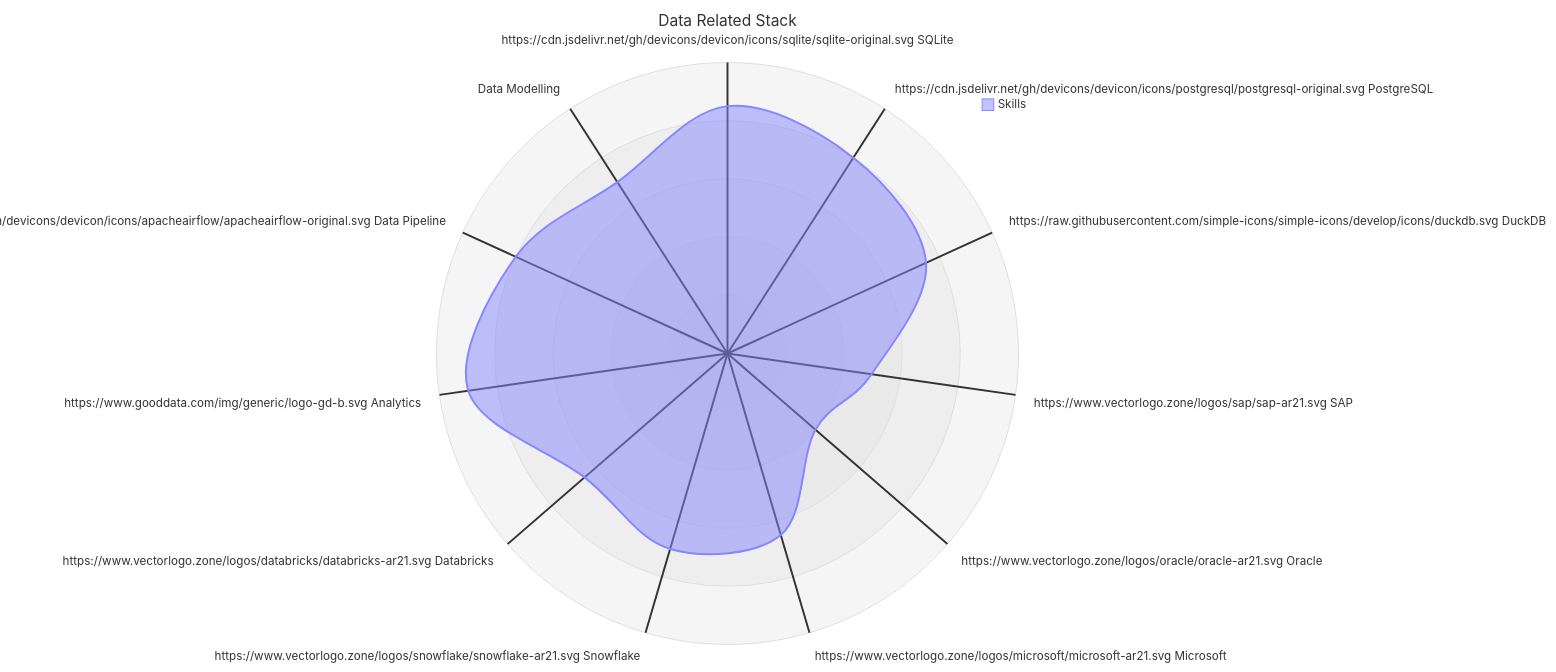
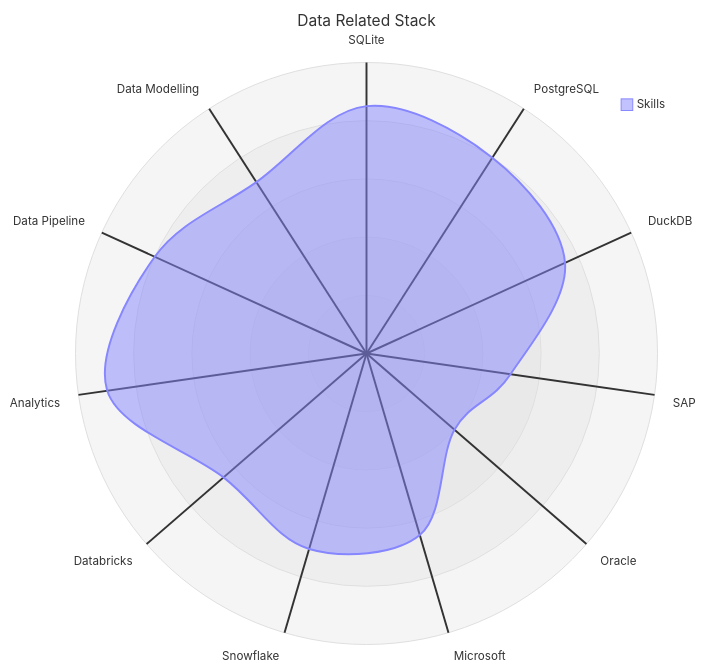
Before and after one commit to kubow/kubow.github.io: the third of 5 diagrams in README.md, drawn with Mermaid. The commit also changed other lines of this file and 4 other files, not shown here.

````diff
--- a/README.md
+++ b/README.md
@@ -157,10 +211,10 @@
 ```mermaid
 radar-beta
   title Data Related Stack
-  axis SQLite["https://cdn.jsdelivr.net/gh/devicons/devicon/icons/sqlite/sqlite-original.svg SQLite"], PostgreSQL["https://cdn.jsdelivr.net/gh/devicons/devicon/icons/postgresql/postgresql-original.svg PostgreSQL"], DuckDB["https://raw.githubusercontent.com/simple-icons/simple-icons/develop/icons/duckdb.svg DuckDB"], SAP["https://www.vectorlogo.zone/logos/sap/sap-ar21.svg SAP"], Oracle["https://www.vectorlogo.zone/logos/oracle/oracle-ar21.svg Oracle"], Microsoft["https://www.vectorlogo.zone/logos/microsoft/microsoft-ar21.svg Microsoft"], Snowflake["https://www.vectorlogo.zone/logos/snowflake/snowflake-ar21.svg Snowflake"], Databricks["https://www.vectorlogo.zone/logos/databricks/databricks-ar21.svg Databricks"], Analytics["https://www.gooddata.com/img/generic/logo-gd-b.svg Analytics"], DataPipeline["https://cdn.jsdelivr.net/gh/devicons/devicon/icons/apacheairflow/apacheairflow-original.svg Data Pipeline"], DataModelling["Data Modelling"]
+  axis SQLite["SQLite"], PostgreSQL["PostgreSQL"], DuckDB["DuckDB"], SAP["SAP"], Oracle["Oracle"], Microsoft["Microsoft"], Snowflake["Snowflake"], Databricks["Databricks"], Analytics["Analytics"], DataPipeline["Data Pipeline"], DataModelling["Data Modelling"]
   curve Skills{ 85, 80, 75, 50, 40, 65, 70, 65, 90, 80, 70 }
   max 100
   min 0
   graticule circle
   ticks 5
 ```
````
